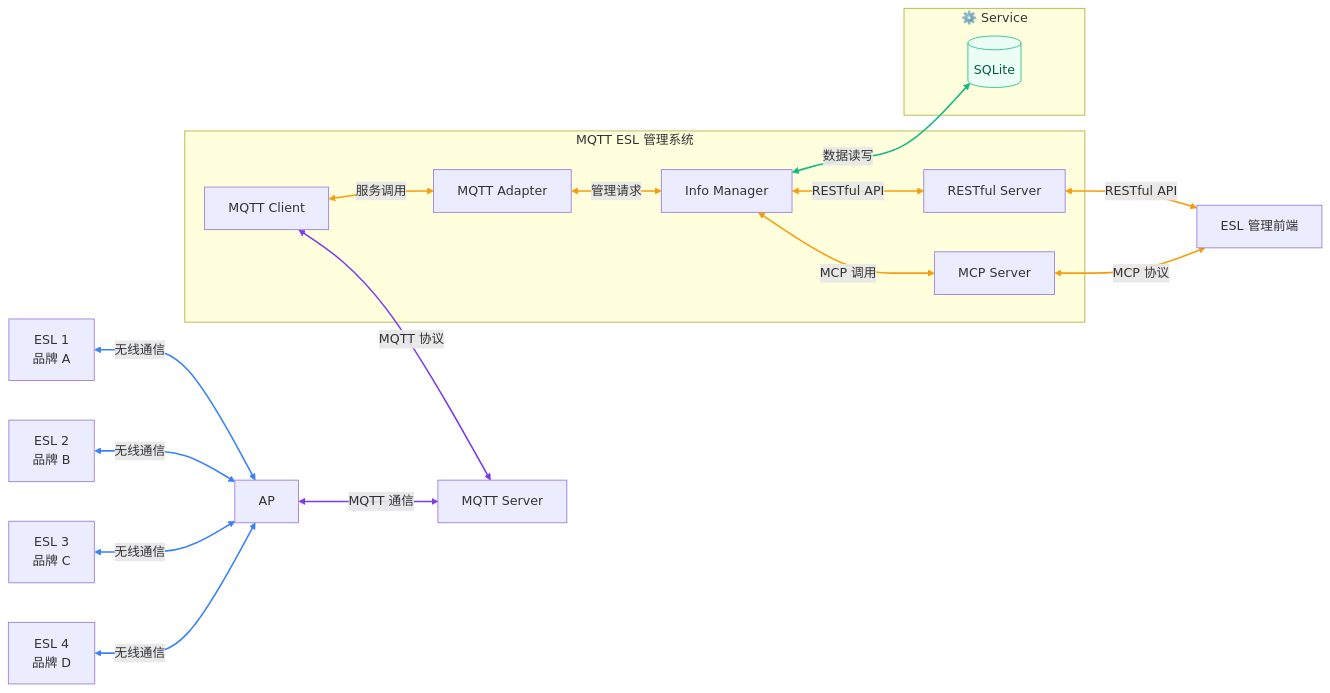
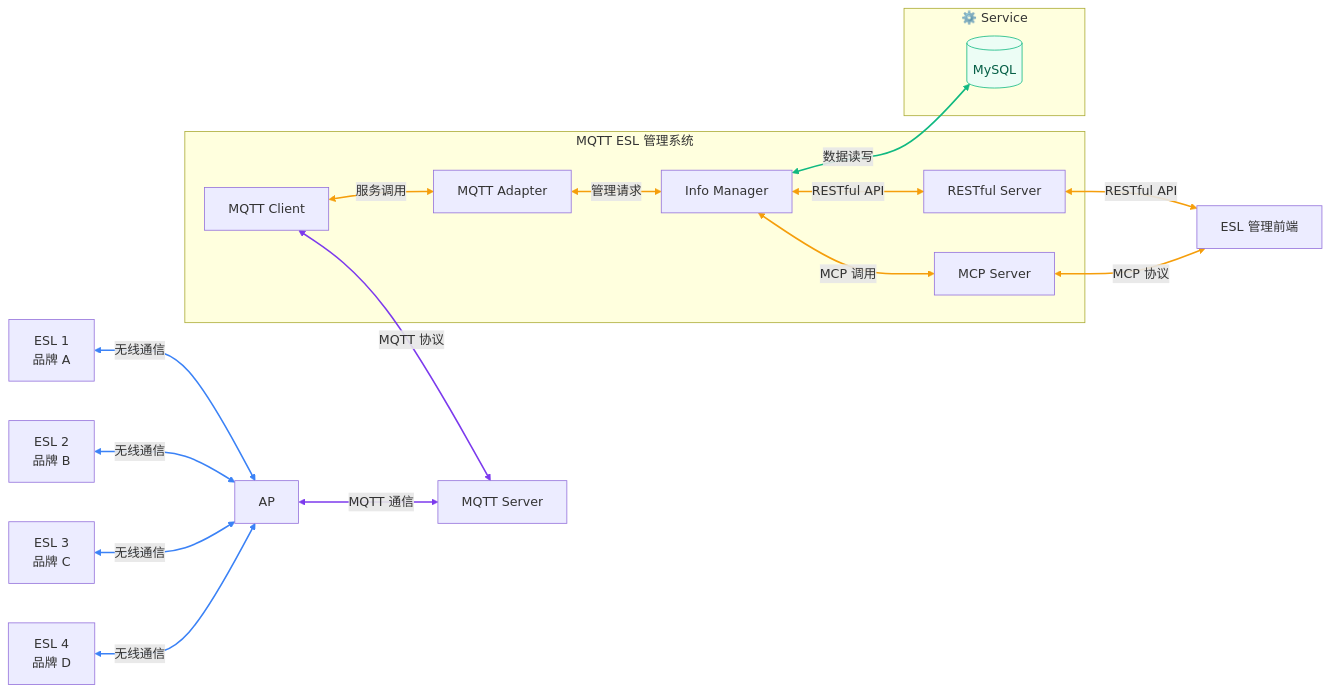
One commit to MQTT-ESL-Dev/.github changed the diagram in profile/README.md. Above: the diagram before and after it, drawn with Mermaid.

Commit message:
chore(🏗️ Structure): switch database to use `MySQL`

````diff
--- a/profile/README.md
+++ b/profile/README.md
@@ -9,37 +9,37 @@
 ```mermaid
 flowchart LR
 	ESL1["ESL 1<br/>品牌 A"] <-->|无线通信| AP[AP]
 	ESL2["ESL 2<br/>品牌 B"] <-->|无线通信| AP
 	ESL3["ESL 3<br/>品牌 C"] <-->|无线通信| AP
 	ESL4["ESL 4<br/>品牌 D"] <-->|无线通信| AP
 	AP <-->|MQTT 通信| MQTT[MQTT Server]
 	subgraph MQTTSystem[MQTT ESL 管理系统]
 		Client[MQTT Client]
 		Adapter[MQTT Adapter]
 		Manager[Info Manager]
 		MCP[MCP Server]
 		NormalServer["RESTful Server"]
 		Client <-->|服务调用| Adapter
 		Adapter <-->|管理请求| Manager
 		Manager <-->|MCP 调用| MCP
 		Manager <-->|RESTful API| NormalServer
 	end
 	Client <-->|MQTT 协议| MQTT
 	Frontend[ESL 管理前端]
 	NormalServer <-->|RESTful API| Frontend
 	MCP <-->|MCP 协议| Frontend
 	subgraph Service["⚙️ Service"]
-		SQLite[(SQLite)]
+		MySQL[(MySQL)]
 	end
-	Manager <-->|数据读写| SQLite
+	Manager <-->|数据读写| MySQL
 
 	classDef blue fill:#EFF6FF,stroke:#3B82F6,color:#1E3A8A;
 	classDef purple fill:#F3E8FF,stroke:#7C3AED,color:#4C1D95;
 	classDef orange fill:#FFF7ED,stroke:#F59E0B,color:#92400E;
 	classDef green fill:#ECFDF5,stroke:#10B981,color:#065F46;
-	class SQLite green;
+	class MySQL green;
 	linkStyle 0,1,2,3 stroke:#3B82F6,stroke-width:2px;
 	linkStyle 4,9 stroke:#7C3AED,stroke-width:2px;
 	linkStyle 5,6,7,8,10,11 stroke:#F59E0B,stroke-width:2px;
 	linkStyle 12 stroke:#10B981,stroke-width:2px;
 ```
````
